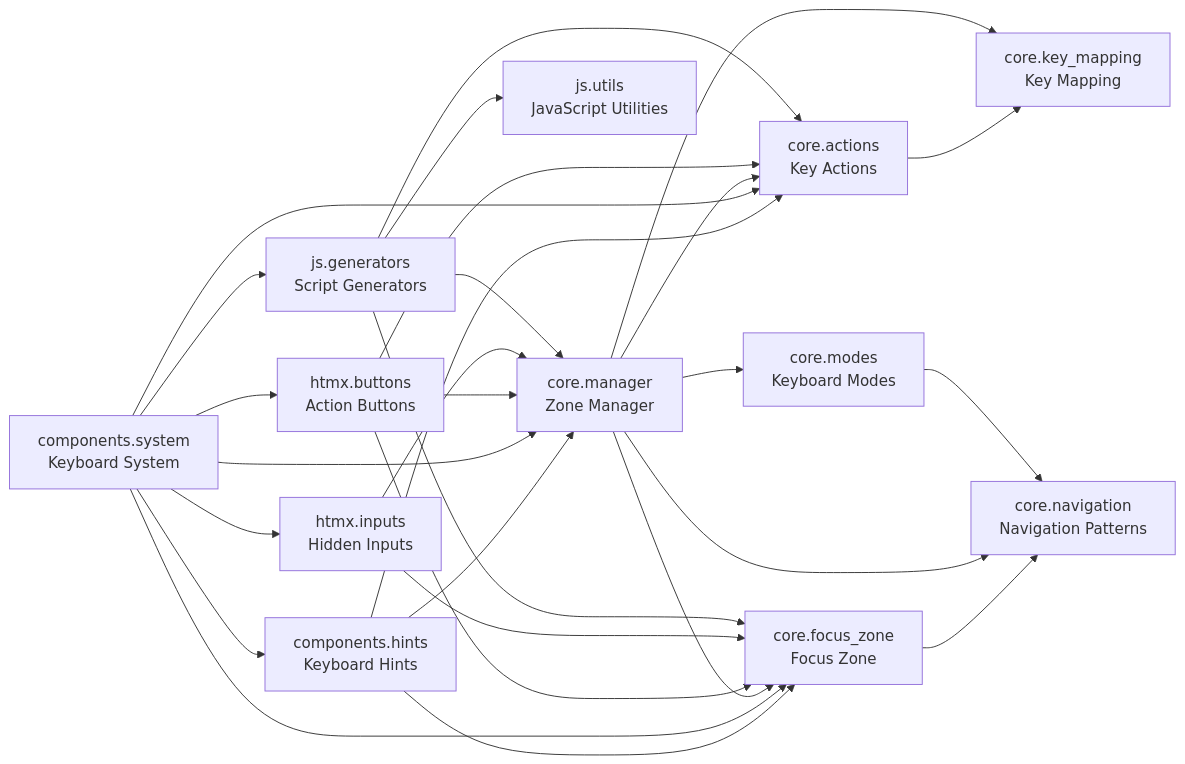
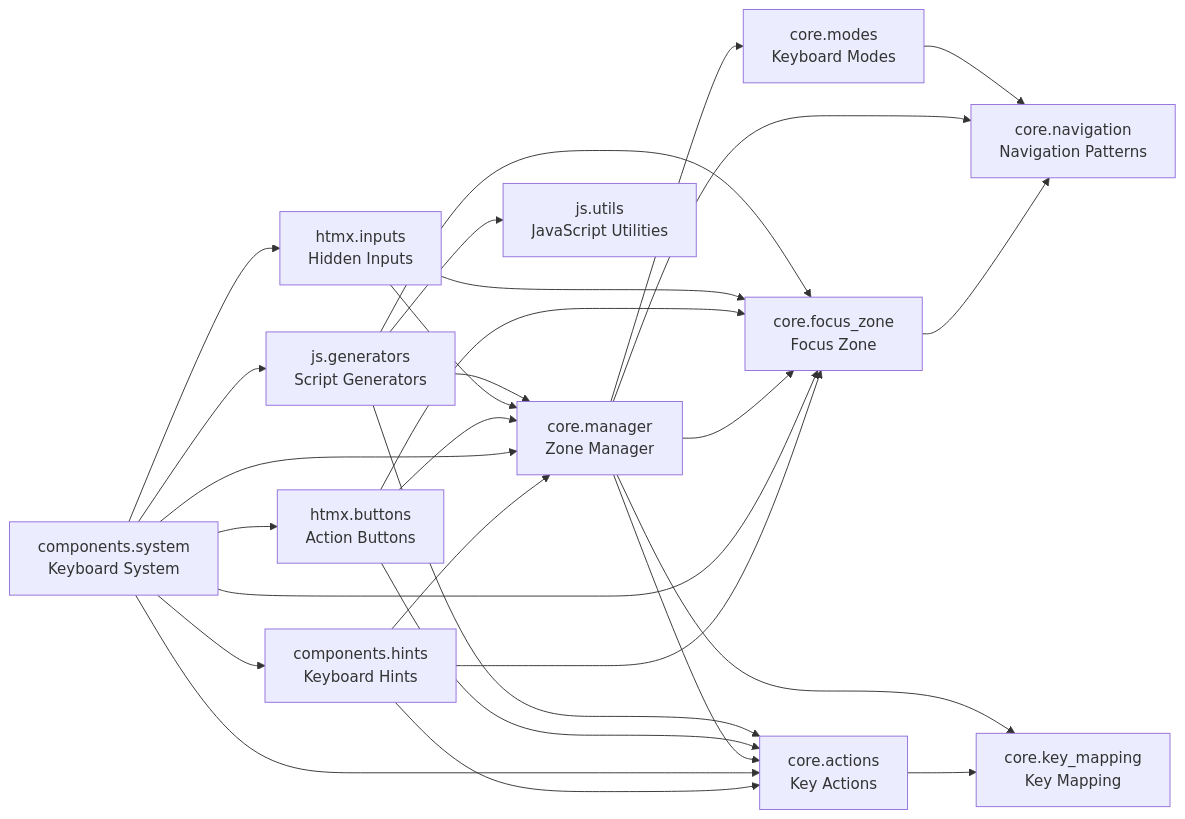
One commit to cj-mills/cjm-fasthtml-keyboard-navigation changed the diagram in README.md. Above: the diagram before and after it, drawn with Mermaid. The commit also changed other lines of this file and 5 other files, not shown here.

````diff
--- a/README.md
+++ b/README.md
@@ -36,43 +36,43 @@
 ``` mermaid
 graph LR
     components_hints[components.hints<br/>Keyboard Hints]
     components_system[components.system<br/>Keyboard System]
     core_actions[core.actions<br/>Key Actions]
     core_focus_zone[core.focus_zone<br/>Focus Zone]
     core_key_mapping[core.key_mapping<br/>Key Mapping]
     core_manager[core.manager<br/>Zone Manager]
     core_modes[core.modes<br/>Keyboard Modes]
     core_navigation[core.navigation<br/>Navigation Patterns]
     htmx_buttons[htmx.buttons<br/>Action Buttons]
     htmx_inputs[htmx.inputs<br/>Hidden Inputs]
     js_generators[js.generators<br/>Script Generators]
     js_utils[js.utils<br/>JavaScript Utilities]
 
-    components_hints --> core_actions
     components_hints --> core_focus_zone
     components_hints --> core_manager
+    components_hints --> core_actions
+    components_system --> core_focus_zone
     components_system --> htmx_inputs
+    components_system --> components_hints
+    components_system --> core_actions
+    components_system --> js_generators
     components_system --> htmx_buttons
-    components_system --> core_actions
     components_system --> core_manager
-    components_system --> js_generators
-    components_system --> core_focus_zone
-    components_system --> components_hints
     core_actions --> core_key_mapping
     core_focus_zone --> core_navigation
     core_manager --> core_navigation
+    core_manager --> core_focus_zone
     core_manager --> core_key_mapping
+    core_manager --> core_modes
     core_manager --> core_actions
-    core_manager --> core_modes
-    core_manager --> core_focus_zone
     core_modes --> core_navigation
+    htmx_buttons --> core_focus_zone
     htmx_buttons --> core_actions
     htmx_buttons --> core_manager
-    htmx_buttons --> core_focus_zone
     htmx_inputs --> core_focus_zone
     htmx_inputs --> core_manager
+    js_generators --> core_focus_zone
+    js_generators --> js_utils
     js_generators --> core_actions
-    js_generators --> js_utils
     js_generators --> core_manager
-    js_generators --> core_focus_zone
 ```
````
